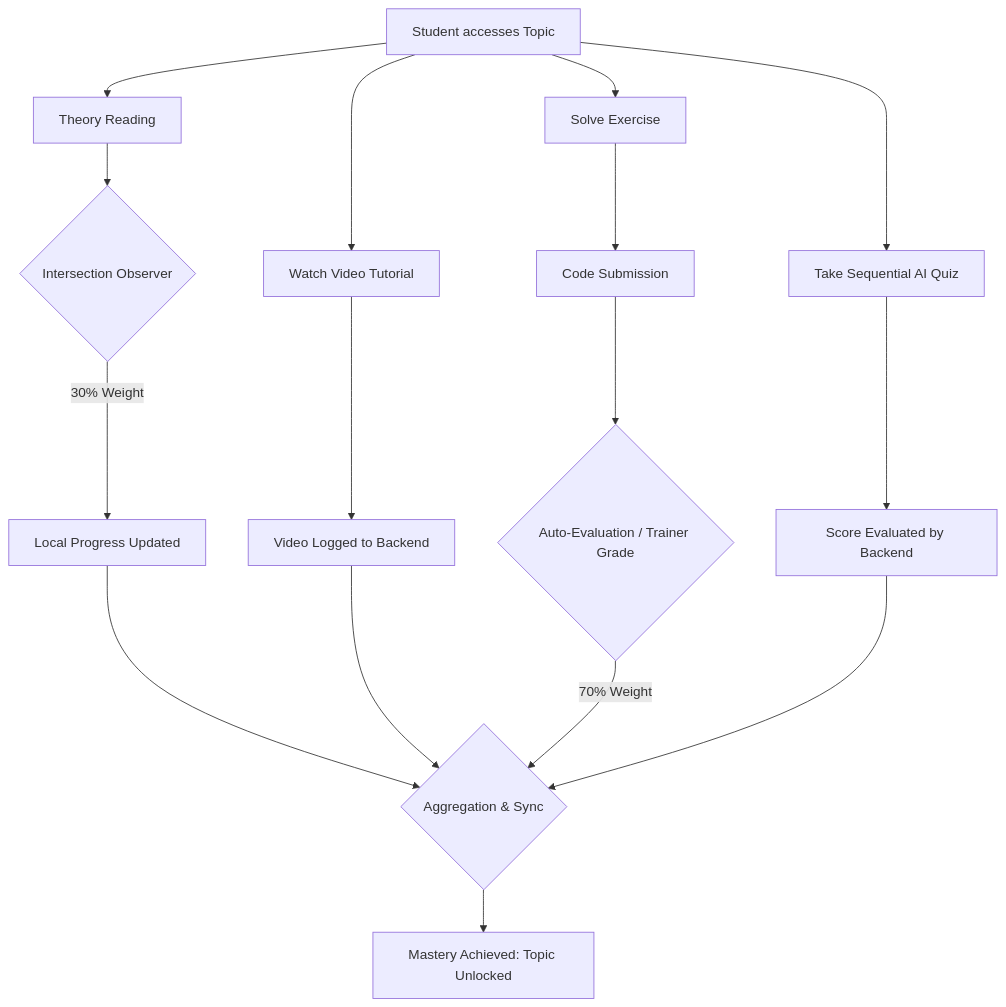
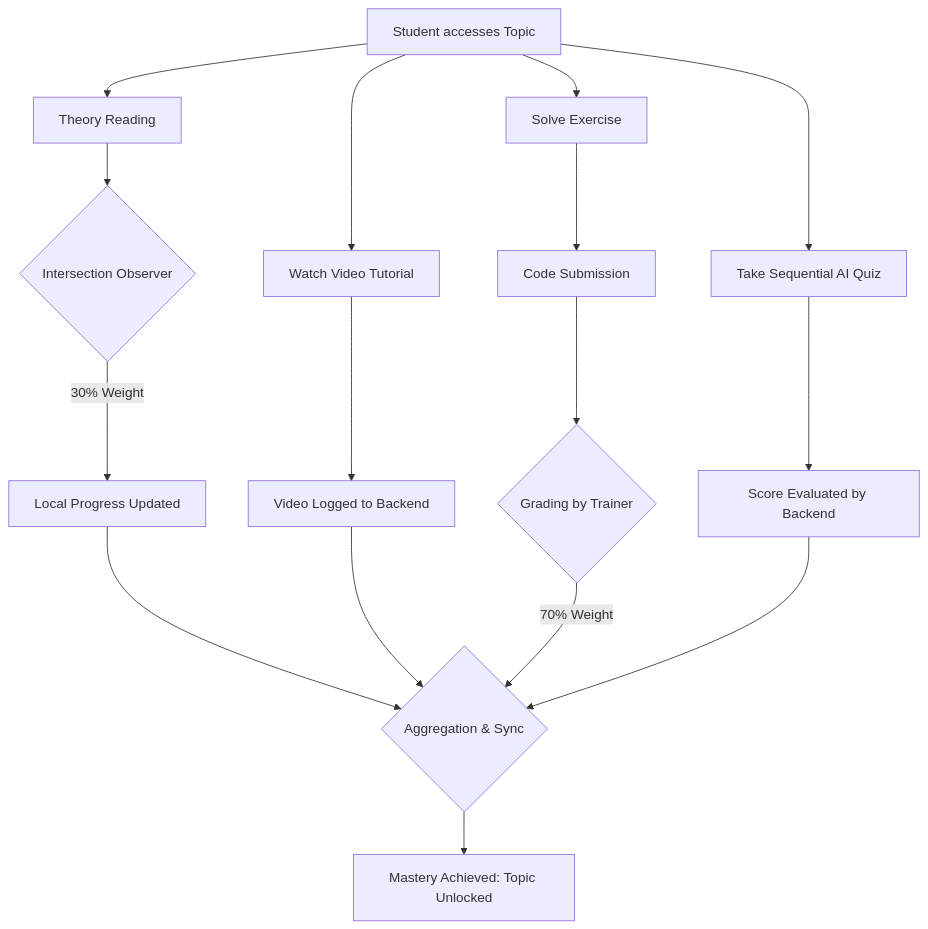
The seventh of 8 diagrams in README.md (suyash-rgb/JS-Mentor), drawn with Mermaid before and after one commit.

Commit message:
docs: correction in exercise eval

````diff
--- a/README.md
+++ b/README.md
@@ -311,23 +311,23 @@
 ```mermaid
 flowchart TD
     A[Student accesses Topic] --> B[Theory Reading]
     B --> C{Intersection Observer}
     C -- 30% Weight --> D[Local Progress Updated]
     
     A --> E[Watch Video Tutorial]
     E --> F[Video Logged to Backend]
     
     A --> G[Solve Exercise]
     G --> H[Code Submission]
-    H --> I{Auto-Evaluation / Trainer Grade}
+    H --> I{Grading by Trainer}
     
     A --> J[Take Sequential AI Quiz]
     J --> K[Score Evaluated by Backend]
     
     D --> L{Aggregation & Sync}
     F --> L
     I -- 70% Weight --> L
     K --> L
     
     L --> M[Mastery Achieved: Topic Unlocked]
 ```
````
